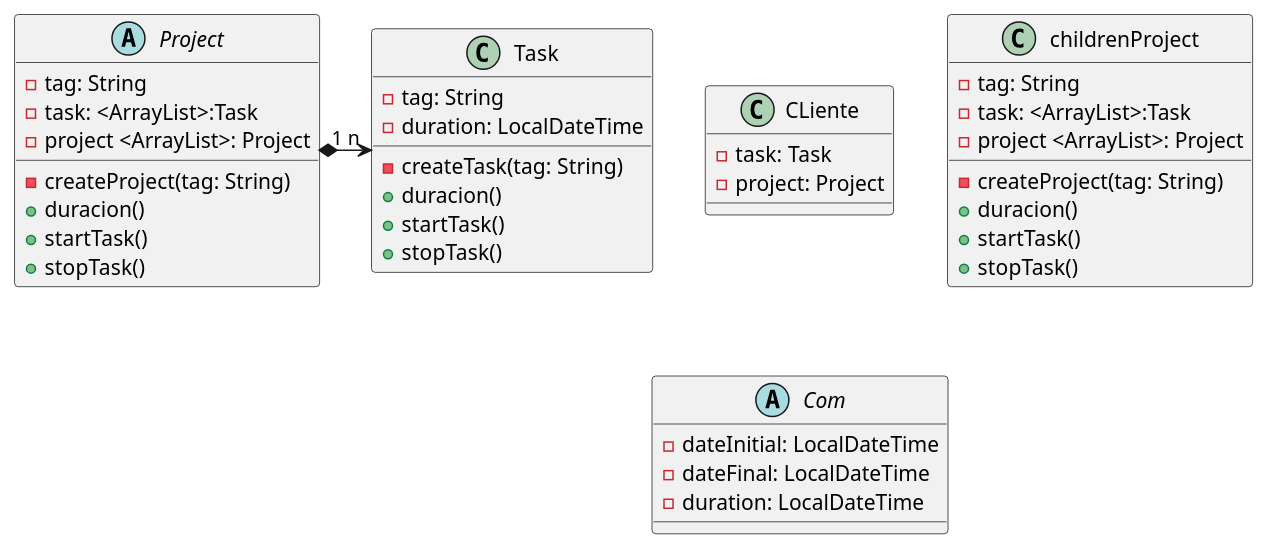
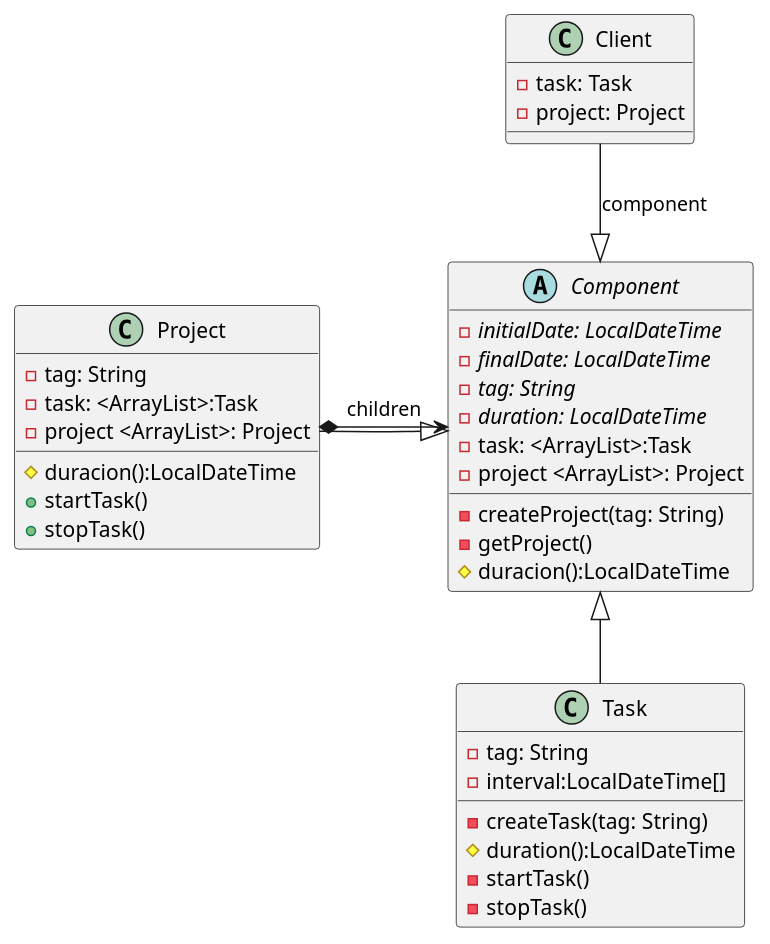
Before and after one commit to alekzihz/DS_TimeTracking: the diagram in src/umlTimeTracking.puml, drawn with PlantUML.

```diff
--- a/src/umlTimeTracking.puml
+++ b/src/umlTimeTracking.puml
@@ -1,53 +1,49 @@
 @startuml
 'https://plantuml.com/class-diagram
-class CLiente{
+
+
+
+class Client{
     -task: Task
     -project: Project
+
 }
+abstract Component{
+    {abstract}-initialDate: LocalDateTime
+    {abstract}-finalDate: LocalDateTime
+    {abstract}- tag: String
+    {abstract}- duration: LocalDateTime
+    - task: <ArrayList>:Task
+    -project <ArrayList>: Project
+    -createProject(tag: String)
+    -getProject()
+     #duracion():LocalDateTime
 
-abstract Project{
-
+}
+class Project{
     - tag: String
     - task: <ArrayList>:Task
     -project <ArrayList>: Project
-    -createProject(tag: String)
-    +duracion()
+    #duracion():LocalDateTime
     +startTask()
     +stopTask()
-
-
-}
-class childrenProject{
-
-    - tag: String
-    - task: <ArrayList>:Task
-    -project <ArrayList>: Project
-    -createProject(tag: String)
-    +duracion()
-    +startTask()
-    +stopTask()
-
-
-}
-
-abstract Com {
-   - dateInitial: LocalDateTime
-   - dateFinal: LocalDateTime
-   - duration: LocalDateTime
-
-}
-class Task {
-   - tag: String
-   - duration: LocalDateTime
-    -createTask(tag: String)
-    +duracion()
-    +startTask()
-    +stopTask()
-
 }
 
 
-Project"1" *-> "n"Task
+
+class Task {
+   - tag: String
+   -interval:LocalDateTime[]
+    -createTask(tag: String)
+    #duration():LocalDateTime
+    -startTask()
+    -stopTask()
+
+}
+Component  <|-- Task
+Component <|-- Project
+Project *-> Component:children
+Client --|> Component:component
 
 
 @enduml
```
